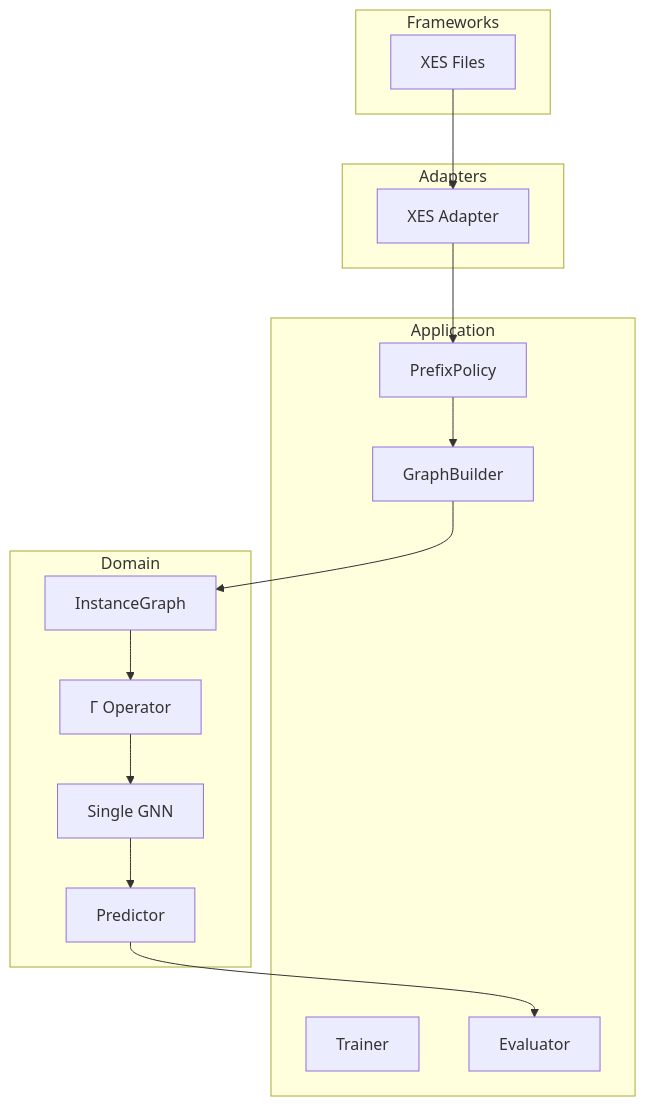
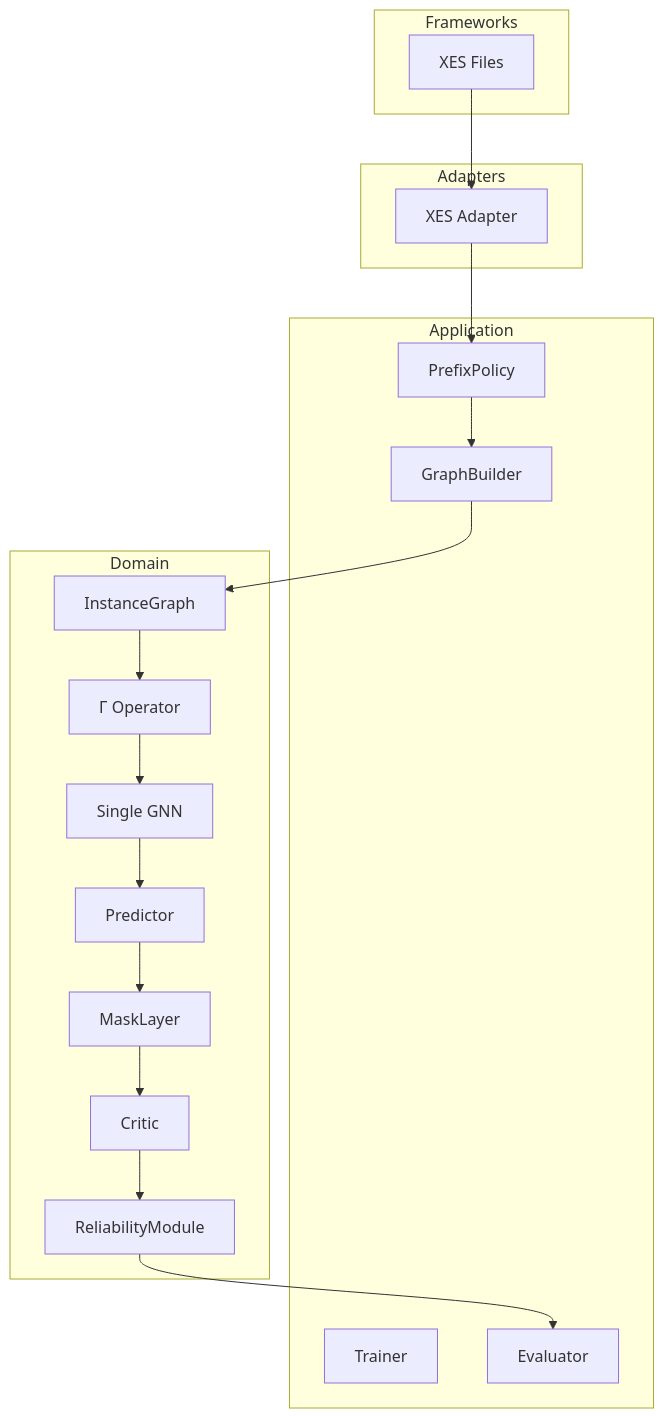
One commit to ghsrg/bpm_prediction changed the first of 4 diagrams in ARCHITECTURE_MVP1.MD. Above: the diagram before and after it, drawn with Mermaid. The commit also changed other lines of this file and 2 other files, not shown here.

````diff
--- a/ARCHITECTURE_MVP1.MD
+++ b/ARCHITECTURE_MVP1.MD
@@ -27,33 +32,39 @@
 ```mermaid
 flowchart TB
     subgraph Frameworks
         XES[XES Files]
     end
 
     subgraph Adapters
         XESAdapter[XES Adapter]
     end
 
     subgraph Application
         PrefixPolicy[PrefixPolicy]
         GraphBuilder[GraphBuilder]
         Trainer[Trainer]
         Evaluator[Evaluator]
     end
 
     subgraph Domain
         InstanceGraph[InstanceGraph]
         FusionOperator[Γ Operator]
         GNNModel[Single GNN]
         Predictor[Predictor]
+        MaskLayer[MaskLayer] 
+        Critic[Critic]
+        ReliabilityModule[ReliabilityModule]
     end
 
     XES --> XESAdapter
     XESAdapter --> PrefixPolicy
     PrefixPolicy --> GraphBuilder
     GraphBuilder --> InstanceGraph
     InstanceGraph --> FusionOperator
     FusionOperator --> GNNModel
     GNNModel --> Predictor
-    Predictor --> Evaluator
+    Predictor --> MaskLayer
+    MaskLayer --> Critic
+    Critic --> ReliabilityModule
+    ReliabilityModule --> Evaluator
 ```
````
